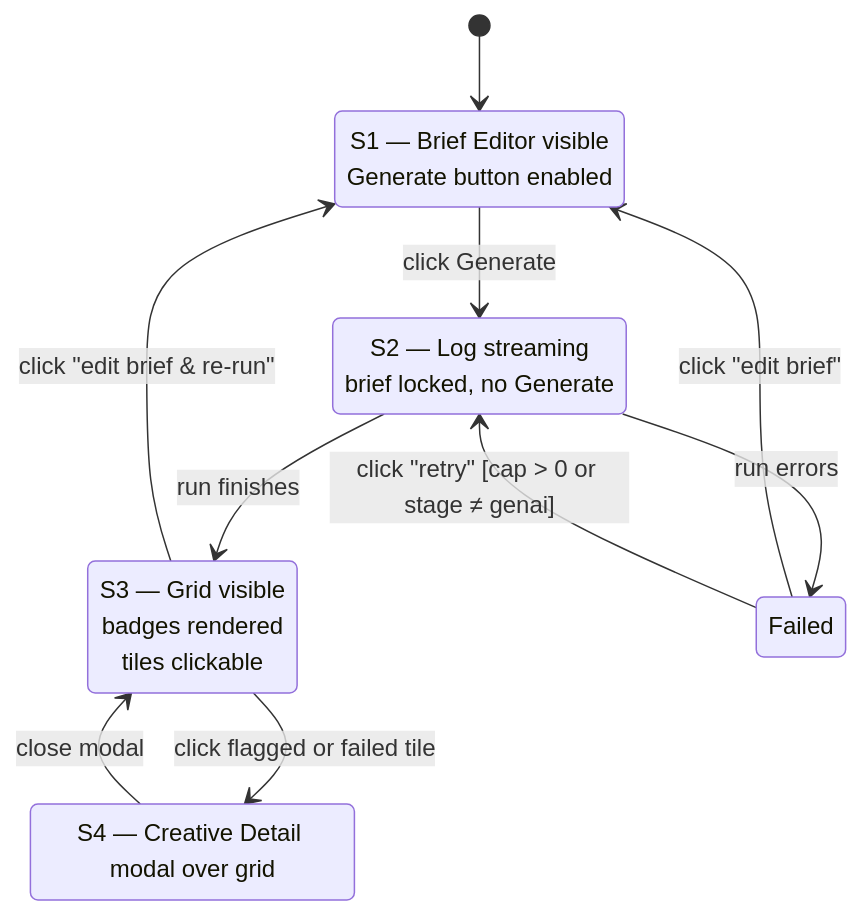
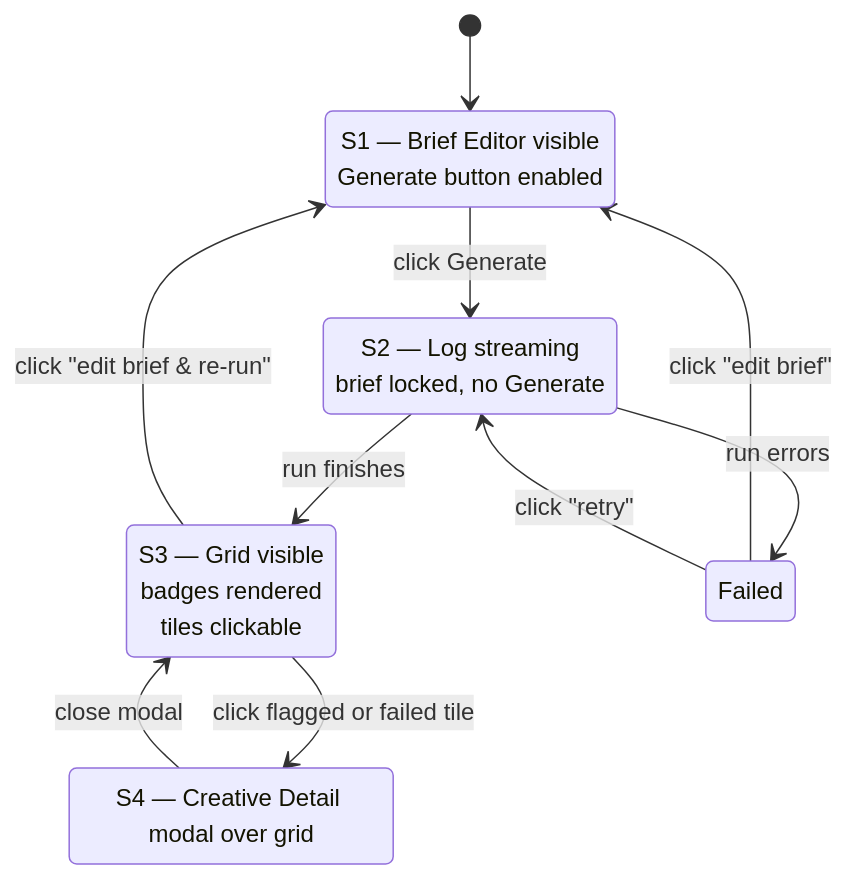
Before and after one commit to arndvs/cast: the sixth of 6 diagrams in docs/flow-diagrams.md, drawn with Mermaid. The commit also changed other lines of this file and 4 other files, not shown here.

````diff
--- a/docs/flow-diagrams.md
+++ b/docs/flow-diagrams.md
@@ -667,16 +655,16 @@
 ```mermaid
 stateDiagram-v2
     [*] --> Editing
     Editing: S1 — Brief Editor visible<br/>Generate button enabled
     Editing --> Running: click Generate
     Running: S2 — Log streaming<br/>brief locked, no Generate
     Running --> Complete: run finishes
     Running --> Failed: run errors
     Failed --> Editing: click "edit brief"
-    Failed --> Running: click "retry" [cap > 0 or stage ≠ genai]
+    Failed --> Running: click "retry"
     Complete: S3 — Grid visible<br/>badges rendered<br/>tiles clickable
     Complete --> DetailOpen: click flagged or failed tile
     DetailOpen: S4 — Creative Detail modal over grid
     DetailOpen --> Complete: close modal
     Complete --> Editing: click "edit brief & re-run"
 ```
````
